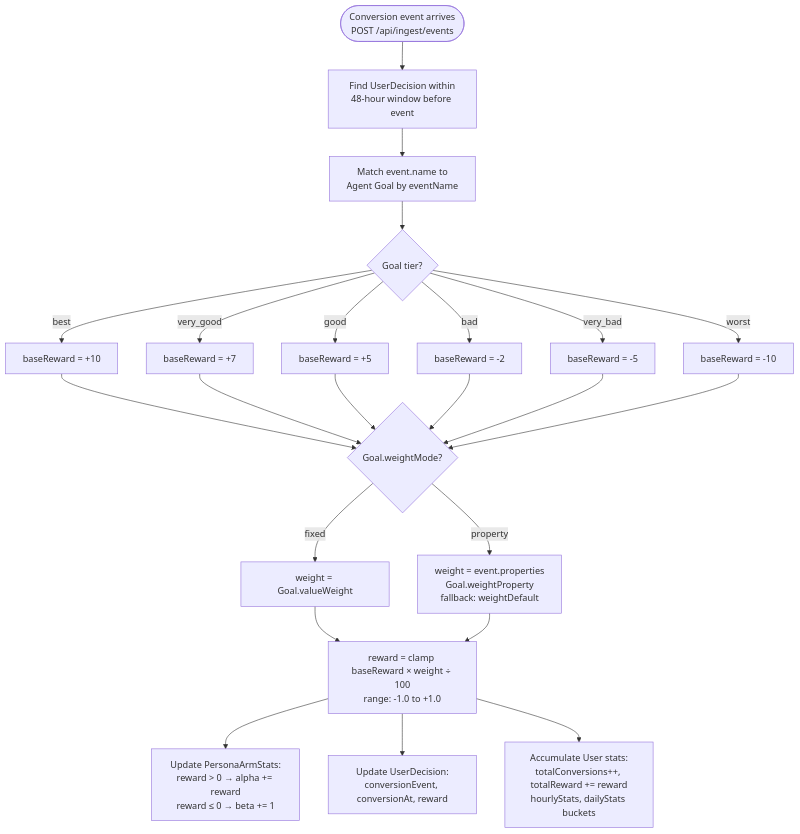
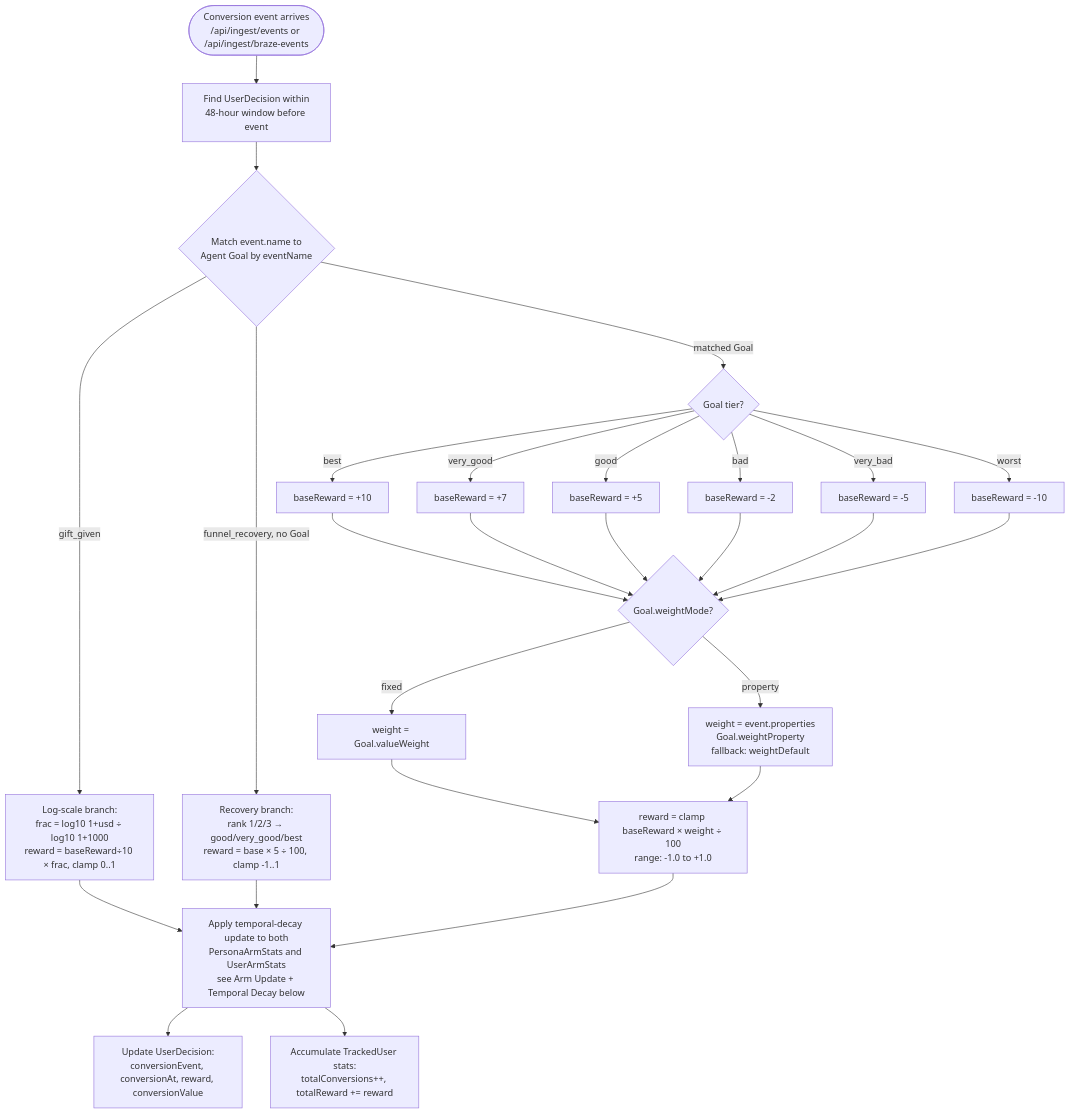
The second of 4 diagrams in docs/bandit-engine.md (ender1311/nexusAi), drawn with Mermaid before and after one commit. The commit also changed other lines of this file and 17 other files, not shown here.

First line of the commit message:
docs: refresh architecture docs to match current app

````diff
--- a/docs/bandit-engine.md
+++ b/docs/bandit-engine.md
@@ -47,24 +47,27 @@
 ```mermaid
 flowchart TD
-    EVENT([Conversion event arrives<br/>POST /api/ingest/events]) --> MATCH[Find UserDecision within<br/>48-hour window before event]
-    MATCH --> GOAL[Match event.name to<br/>Agent Goal by eventName]
-    GOAL --> TIER{Goal tier?}
+    EVENT([Conversion event arrives<br/>/api/ingest/events or /api/ingest/braze-events]) --> MATCH[Find UserDecision within<br/>48-hour window before event]
+    MATCH --> GOAL{Match event.name to<br/>Agent Goal by eventName}
+
+    GOAL -->|gift_given| GIFT[Log-scale branch:<br/>frac = log10 1+usd ÷ log10 1+1000<br/>reward = baseReward÷10 × frac, clamp 0..1]
+    GOAL -->|funnel_recovery, no Goal| REC[Recovery branch:<br/>rank 1/2/3 → good/very_good/best<br/>reward = base × 5 ÷ 100, clamp -1..1]
+    GOAL -->|matched Goal| TIER{Goal tier?}
 
     TIER -->|best| R1[baseReward = +10]
     TIER -->|very_good| R2[baseReward = +7]
     TIER -->|good| R3[baseReward = +5]
     TIER -->|bad| R4[baseReward = -2]
     TIER -->|very_bad| R5[baseReward = -5]
     TIER -->|worst| R6[baseReward = -10]
 
     R1 & R2 & R3 & R4 & R5 & R6 --> WEIGHT{Goal.weightMode?}
 
     WEIGHT -->|fixed| W1[weight = Goal.valueWeight]
     WEIGHT -->|property| W2[weight = event.properties<br/>Goal.weightProperty<br/>fallback: weightDefault]
 
     W1 & W2 --> NORM[reward = clamp baseReward × weight ÷ 100<br/>range: -1.0 to +1.0]
 
-    NORM --> UPDATE_ARM[Update PersonaArmStats:<br/>reward > 0 → alpha += reward<br/>reward ≤ 0 → beta += 1]
-    NORM --> UPDATE_DEC[Update UserDecision:<br/>conversionEvent, conversionAt, reward]
-    NORM --> UPDATE_USER[Accumulate User stats:<br/>totalConversions++, totalReward += reward<br/>hourlyStats, dailyStats buckets]
+    GIFT & REC & NORM --> UPDATE_ARM[Apply temporal-decay update to both<br/>PersonaArmStats and UserArmStats<br/>see Arm Update + Temporal Decay below]
+    UPDATE_ARM --> UPDATE_DEC[Update UserDecision:<br/>conversionEvent, conversionAt, reward, conversionValue]
+    UPDATE_ARM --> UPDATE_USER[Accumulate TrackedUser stats:<br/>totalConversions++, totalReward += reward]
 ```
````
